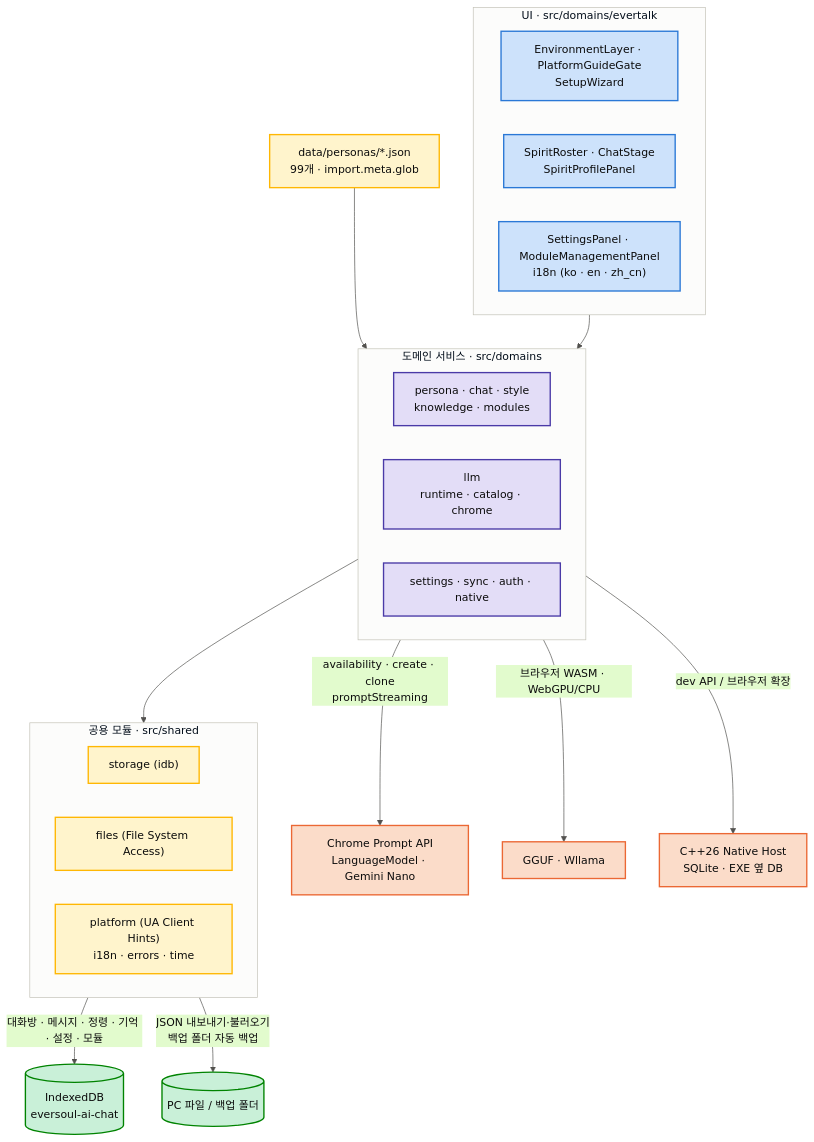
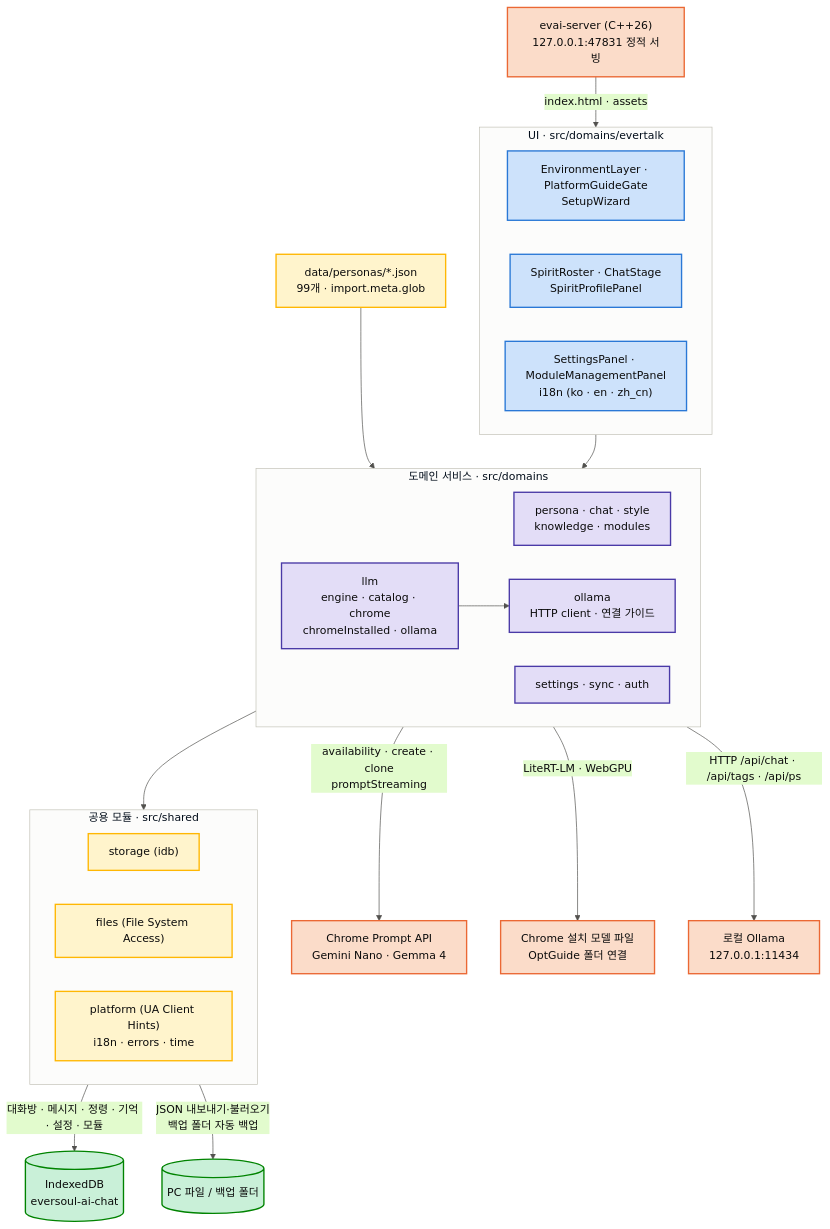
One commit to GarnetRapture/evai changed the diagram in README.md. Above: the diagram before and after it, drawn with Mermaid. The commit also changed other lines of this file and 37 other files, not shown here.

First line of the commit message:
v0.0.4: Ollama engine, local server launcher, CI per OS

````diff
--- a/README.md
+++ b/README.md
@@ -235,45 +259,48 @@
 ```mermaid
 %%{init: {'theme': 'base', 'themeVariables': {'primaryColor': '#cde2fb', 'primaryBorderColor': '#2a78d6', 'primaryTextColor': '#0b0b0b', 'lineColor': '#52514e', 'clusterBkg': '#fcfcfb', 'clusterBorder': '#c3c2b7', 'fontFamily': 'system-ui, -apple-system, Segoe UI, sans-serif'}}}%%
 flowchart TB
     subgraph UI["UI · src/domains/evertalk"]
         direction LR
         UI1["EnvironmentLayer · PlatformGuideGate<br/>SetupWizard"]
         UI2["SpiritRoster · ChatStage<br/>SpiritProfilePanel"]
         UI3["SettingsPanel · ModuleManagementPanel<br/>i18n (ko · en · zh_cn)"]
     end
 
     subgraph DOMAIN["도메인 서비스 · src/domains"]
         direction LR
         D1["persona · chat · style<br/>knowledge · modules"]
-        D2["llm<br/>runtime · catalog · chrome"]
-        D3["settings · sync · auth · native"]
+        D2["llm<br/>engine · catalog · chrome<br/>chromeInstalled · ollama"]
+        D3["settings · sync · auth"]
+        D4["ollama<br/>HTTP client · 연결 가이드"]
     end
 
     subgraph SHARED["공용 모듈 · src/shared"]
         direction LR
         S1["storage (idb)"]
         S2["files (File System Access)"]
         S3["platform (UA Client Hints)<br/>i18n · errors · time"]
     end
 
     UI --> DOMAIN
     DOMAIN --> SHARED
     PACK["data/personas/*.json<br/>99개 · import.meta.glob"] --> D1
     S1 -- "대화방 · 메시지 · 정령 · 기억 · 설정 · 모듈" --> DB[("IndexedDB<br/>eversoul-ai-chat")]
     S2 -- "JSON 내보내기·불러오기<br/>백업 폴더 자동 백업" --> PC[("PC 파일 / 백업 폴더")]
-    D2 -- "availability · create · clone<br/>promptStreaming" --> LLM["Chrome Prompt API<br/>LanguageModel · Gemini Nano"]
-    D2 -- "브라우저 WASM · WebGPU/CPU" --> GGUF["GGUF · Wllama"]
-    D3 -- "dev API / 브라우저 확장" --> NATIVE["C++26 Native Host<br/>SQLite · EXE 옆 DB"]
+    D2 -- "availability · create · clone<br/>promptStreaming" --> LLM["Chrome Prompt API<br/>Gemini Nano · Gemma 4"]
+    D2 -- "LiteRT-LM · WebGPU" --> CHROMEFILE["Chrome 설치 모델 파일<br/>OptGuide 폴더 연결"]
+    D2 --> D4
+    D4 -- "HTTP /api/chat · /api/tags · /api/ps" --> OLLAMA["로컬 Ollama<br/>127.0.0.1:11434"]
+    SERVER["evai-server (C++26)<br/>127.0.0.1:47831 정적 서빙"] -- "index.html · assets" --> UI
 
     classDef uiStyle fill:#cde2fb,stroke:#2a78d6,stroke-width:2px,color:#0b0b0b
     classDef domainStyle fill:#e3ddf7,stroke:#4a3aa7,stroke-width:2px,color:#0b0b0b
     classDef sharedStyle fill:#fff4cc,stroke:#ffb703,stroke-width:2px,color:#0b0b0b
     classDef dbStyle fill:#c9f0d8,stroke:#008300,stroke-width:2px,color:#0b0b0b
     classDef llmStyle fill:#fbdcc9,stroke:#eb6834,stroke-width:2px,color:#0b0b0b
 
     class UI1,UI2,UI3 uiStyle
-    class D1,D2,D3 domainStyle
+    class D1,D2,D3,D4 domainStyle
     class S1,S2,S3,PACK sharedStyle
     class DB,PC dbStyle
-    class LLM,GGUF,NATIVE llmStyle
+    class LLM,CHROMEFILE,OLLAMA,SERVER llmStyle
 ```
````
